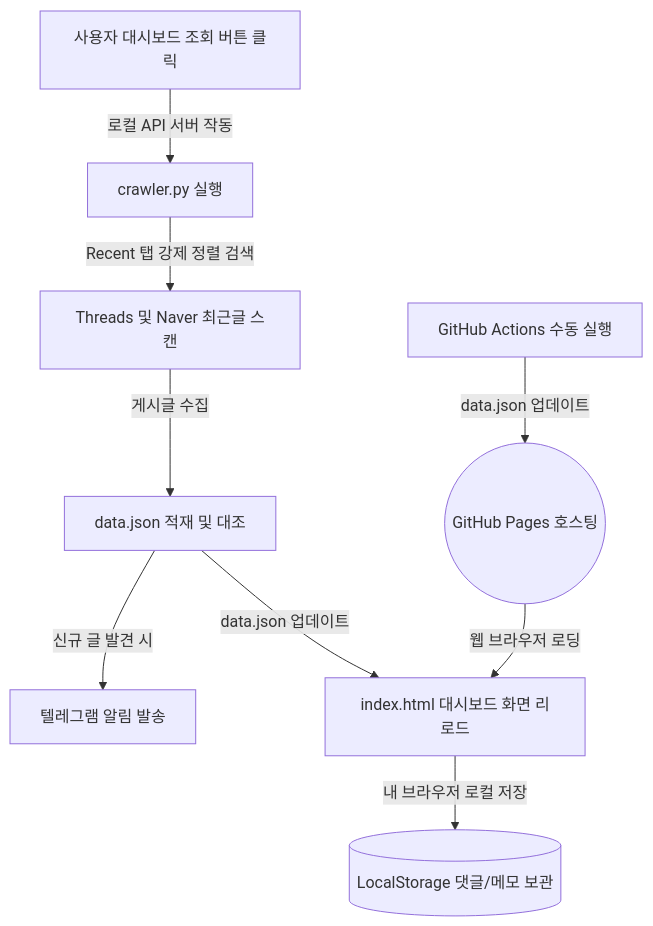
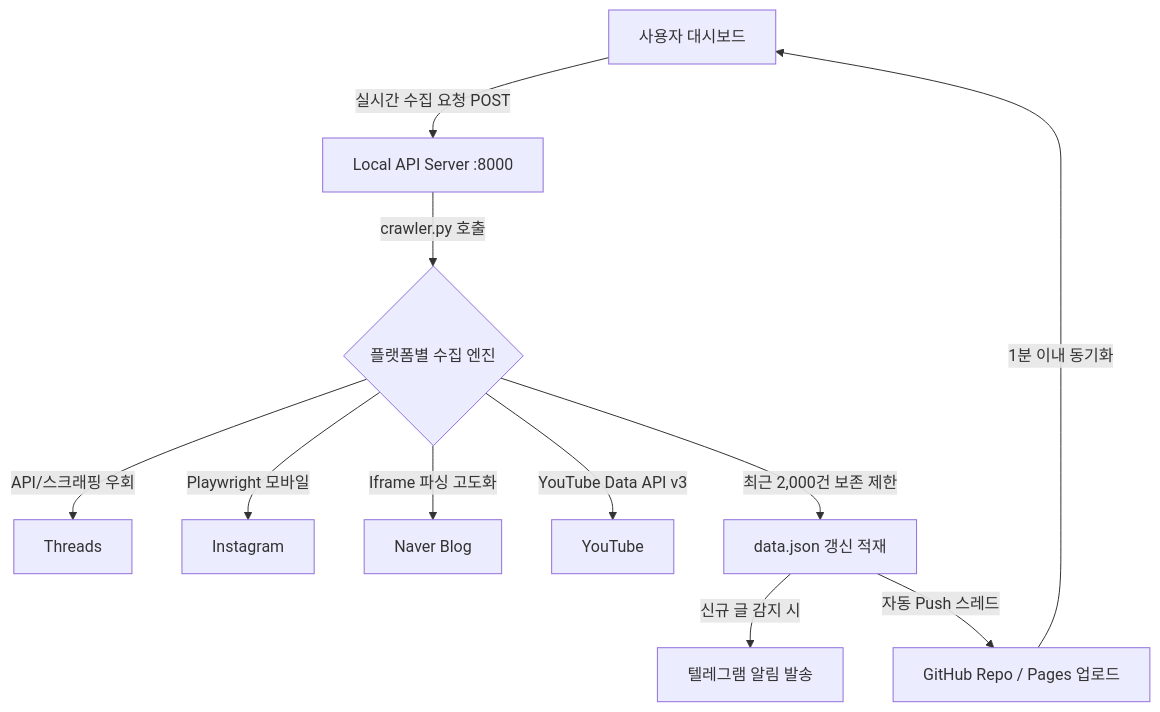
The diagram in README.md (wowplus1/sns), drawn with Mermaid before and after one commit. The commit also changed other lines of this file, not shown here.

Commit message:
docs: 4대 SNS 통합 모니터링 시스템 최신 사용자 매뉴얼 업데이트 2026-06-18 14:09:36

````diff
--- a/README.md
+++ b/README.md
@@ -10,11 +10,15 @@
 ```mermaid
 graph TD
-    A[사용자 대시보드 조회 버튼 클릭] -->|로컬 API 서버 작동| B[crawler.py 실행]
-    B -->|Recent 탭 강제 정렬 검색| C[Threads 및 Naver 최근글 스캔]
-    C -->|게시글 수집| D[data.json 적재 및 대조]
-    D -->|신규 글 발견 시| E[텔레그램 알림 발송]
-    D -->|data.json 업데이트| H[index.html 대시보드 화면 리로드]
-    H -->|내 브라우저 로컬 저장| I[(LocalStorage 댓글/메모 보관)]
-    F[GitHub Actions 수동 실행] -->|data.json 업데이트| G((GitHub Pages 호스팅))
-    G -->|웹 브라우저 로딩| H
+    A[사용자 대시보드] -->|실시간 수집 요청 POST| B[Local API Server :8000]
+    B -->|crawler.py 호출| C{플랫폼별 수집 엔진}
+    
+    C -->|API/스크래핑 우회| D[Threads]
+    C -->|Playwright 모바일| E[Instagram]
+    C -->|Iframe 파싱 고도화| F[Naver Blog]
+    C -->|YouTube Data API v3| G[YouTube]
+    
+    C -->|최근 2,000건 보존 제한| H[data.json 갱신 적재]
+    H -->|신규 글 감지 시| I[텔레그램 알림 발송]
+    H -->|자동 Push 스레드| J[GitHub Repo / Pages 업로드]
+    J -->|1분 이내 동기화| A
 ```
````
